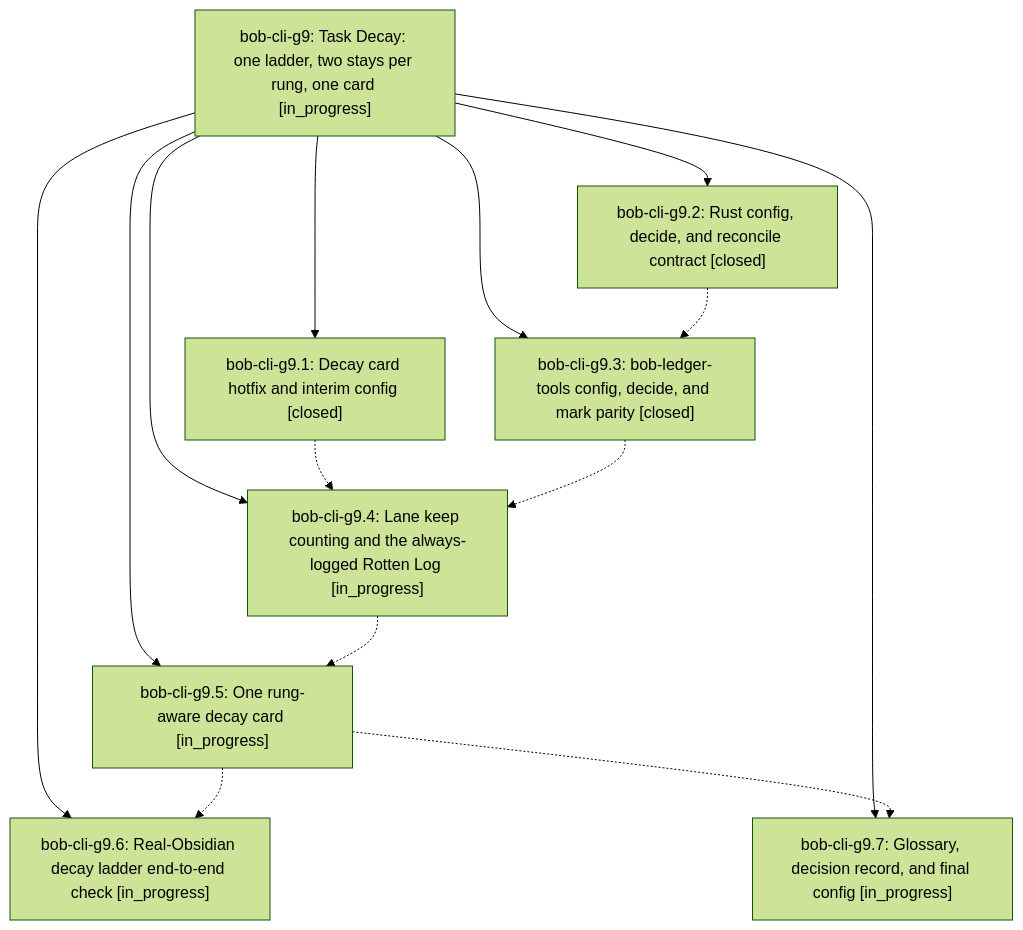
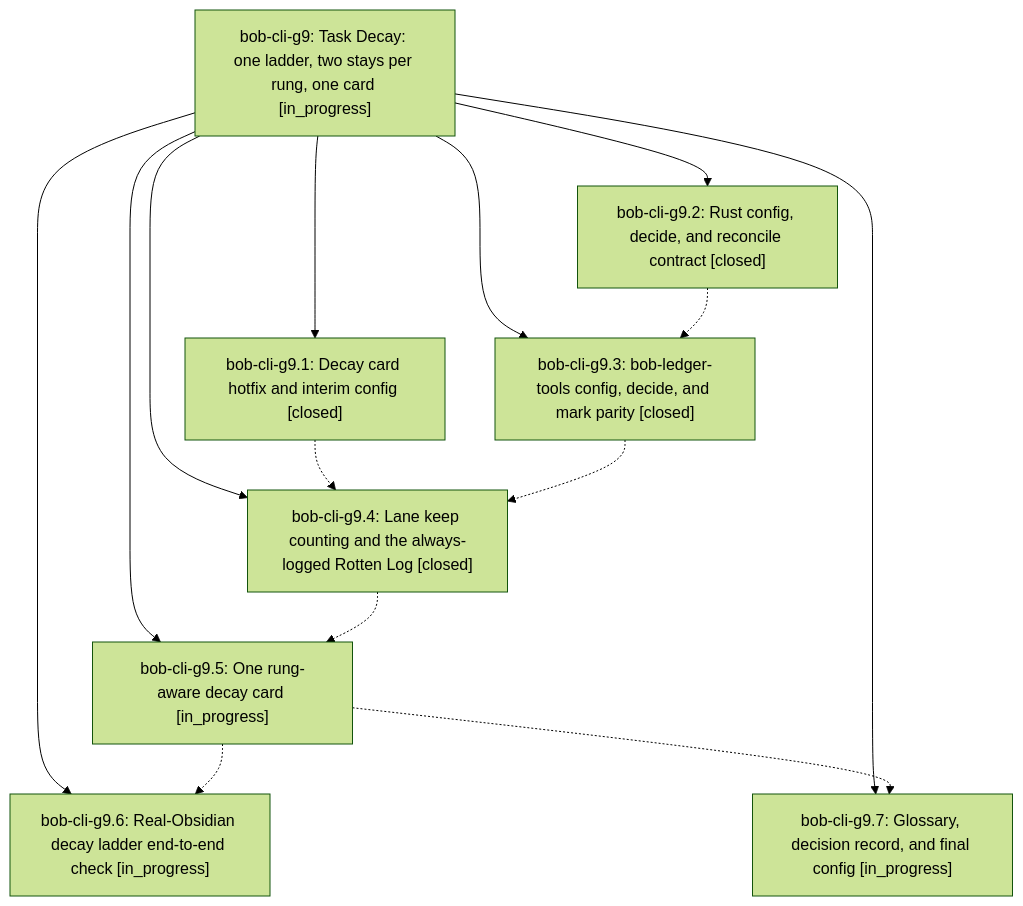
One commit to bobs-org/bob-cli--beads changed the diagram in pages/bob-cli-g9/README.md. Above: the diagram before and after it, drawn with Mermaid (forest theme). The commit also changed other lines of this file and 4 other files, not shown here.

First line of the commit message:
chore(beads): sync bead state and pages for bob-cli-g9

````diff
--- a/pages/bob-cli-g9/README.md
+++ b/pages/bob-cli-g9/README.md
@@ -40,24 +42,24 @@
 ```mermaid
 flowchart TD
     n0["bob-cli-g9: Task Decay: one ladder, two stays per rung, one card [in_progress]"]
     n1["bob-cli-g9.1: Decay card hotfix and interim config [closed]"]
     n2["bob-cli-g9.2: Rust config, decide, and reconcile contract [closed]"]
     n3["bob-cli-g9.3: bob-ledger-tools config, decide, and mark parity [closed]"]
-    n4["bob-cli-g9.4: Lane keep counting and the always-logged Rotten Log [in_progress]"]
+    n4["bob-cli-g9.4: Lane keep counting and the always-logged Rotten Log [closed]"]
     n5["bob-cli-g9.5: One rung-aware decay card [in_progress]"]
     n6["bob-cli-g9.6: Real-Obsidian decay ladder end-to-end check [in_progress]"]
     n7["bob-cli-g9.7: Glossary, decision record, and final config [in_progress]"]
     n0 --> n1
     n0 --> n2
     n0 --> n3
     n0 --> n4
     n0 --> n5
     n0 --> n6
     n0 --> n7
     n1 -.-> n4
     n2 -.-> n3
     n3 -.-> n4
     n4 -.-> n5
     n5 -.-> n6
     n5 -.-> n7
 ```
````
